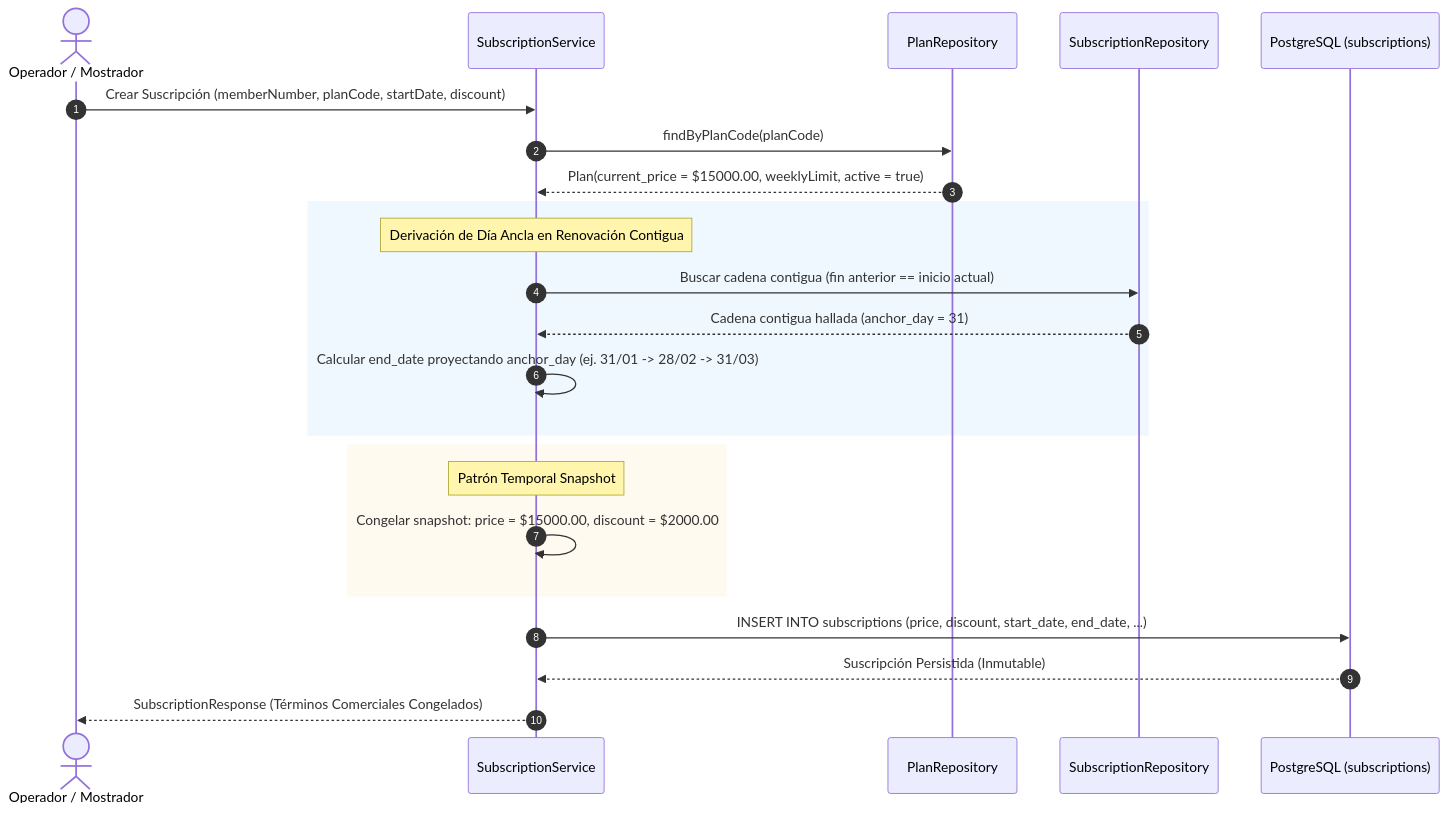
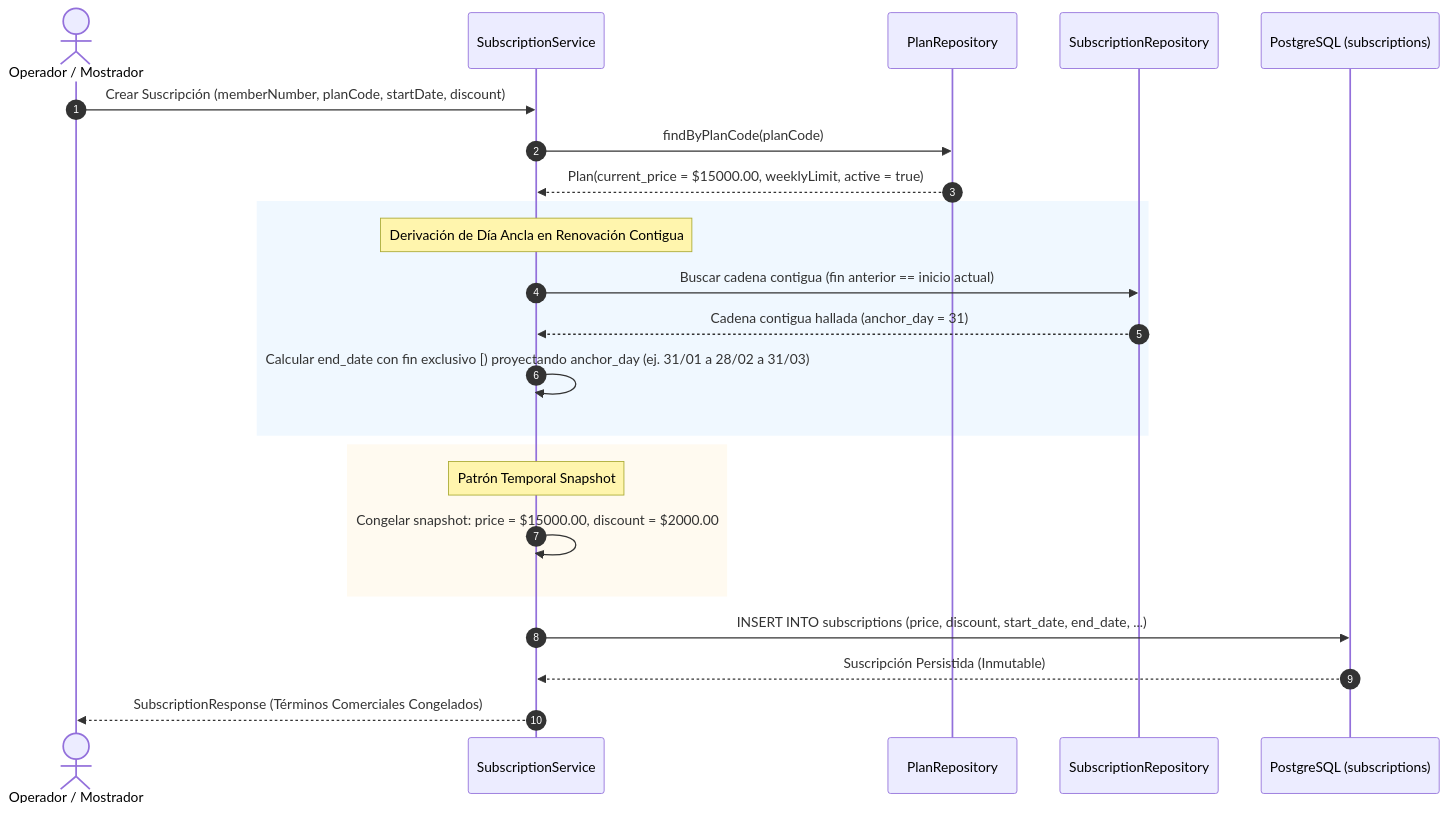
Before and after one commit to santiagovOK/TFI_grupo144: the diagram in docs/adr/ADR-0006-catalogo-tarifario-inmutabilidad-snapshot-precios.md, drawn with Mermaid. The commit also changed other lines of this file and 8 other files, not shown here.

Commit message:
docs(adr): clarify decision guarantees and planned architecture records

````diff
--- a/docs/adr/ADR-0006-catalogo-tarifario-inmutabilidad-snapshot-precios.md
+++ b/docs/adr/ADR-0006-catalogo-tarifario-inmutabilidad-snapshot-precios.md
@@ -42,29 +45,29 @@
 ```mermaid
 sequenceDiagram
     autonumber
     actor Operador as Operador / Mostrador
     participant Service as SubscriptionService
     participant PlanRepo as PlanRepository
     participant SubRepo as SubscriptionRepository
     participant DB as PostgreSQL (subscriptions)
 
     Operador->>Service: Crear Suscripción (memberNumber, planCode, startDate, discount)
     Service->>PlanRepo: findByPlanCode(planCode)
     PlanRepo-->>Service: Plan(current_price = $15000.00, weeklyLimit, active = true)
     
     rect rgb(240, 248, 255)
         note over Service: Derivación de Día Ancla en Renovación Contigua
         Service->>SubRepo: Buscar cadena contigua (fin anterior == inicio actual)
         SubRepo-->>Service: Cadena contigua hallada (anchor_day = 31)
-        Service->>Service: Calcular end_date proyectando anchor_day (ej. 31/01 -> 28/02 -> 31/03)
+        Service->>Service: Calcular end_date con fin exclusivo [) proyectando anchor_day (ej. 31/01 a 28/02 a 31/03)
     end
 
     rect rgb(255, 250, 240)
         note over Service: Patrón Temporal Snapshot
         Service->>Service: Congelar snapshot: price = $15000.00, discount = $2000.00
     end
 
     Service->>DB: INSERT INTO subscriptions (price, discount, start_date, end_date, ...)
     DB-->>Service: Suscripción Persistida (Inmutable)
     Service-->>Operador: SubscriptionResponse (Términos Comerciales Congelados)
 ```
````
